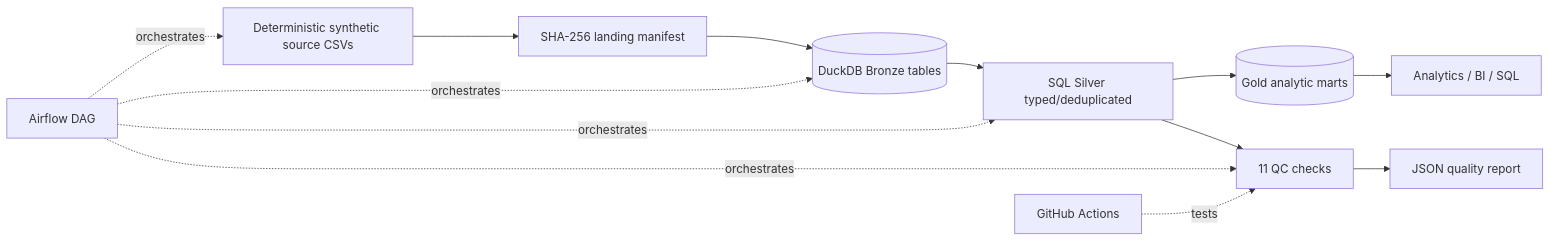
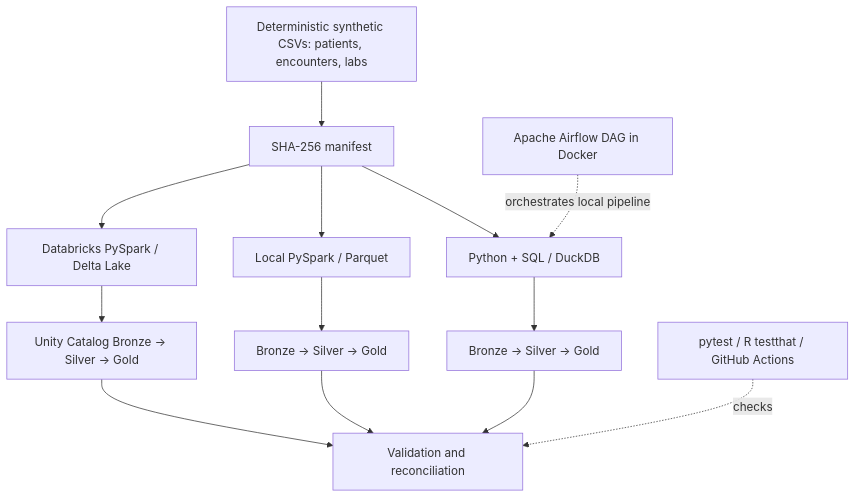
The diagram in README.md (Johnola123/healthcare-data-engineering-platform), drawn with Mermaid before and after one commit. The commit also changed other lines of this file, not shown here.

````diff
--- a/README.md
+++ b/README.md
@@ -9,15 +21,15 @@
 ```mermaid
-flowchart LR
-  A[Deterministic synthetic source CSVs] --> B[SHA-256 landing manifest]
-  B --> C[(DuckDB Bronze tables)]
-  C --> D[SQL Silver typed/deduplicated]
-  D --> E[(Gold analytic marts)]
-  E --> F[Analytics / BI / SQL]
-  D --> G[11 QC checks]
-  G --> H[JSON quality report]
-  I[Airflow DAG] -.orchestrates.-> A
-  I -.orchestrates.-> C
-  I -.orchestrates.-> D
-  I -.orchestrates.-> G
-  J[GitHub Actions] -.tests.-> G
+flowchart TD
+  A[Deterministic synthetic CSVs: patients, encounters, labs] --> B[SHA-256 manifest]
+  B --> C[Python + SQL / DuckDB]
+  B --> D[Local PySpark / Parquet]
+  B --> E[Databricks PySpark / Delta Lake]
+  C --> C1[Bronze → Silver → Gold]
+  D --> D1[Bronze → Silver → Gold]
+  E --> E1[Unity Catalog Bronze → Silver → Gold]
+  C1 --> Q[Validation and reconciliation]
+  D1 --> Q
+  E1 --> Q
+  F[Apache Airflow DAG in Docker] -. orchestrates local pipeline .-> C
+  G[pytest / R testthat / GitHub Actions] -. checks .-> Q
 ```
````
